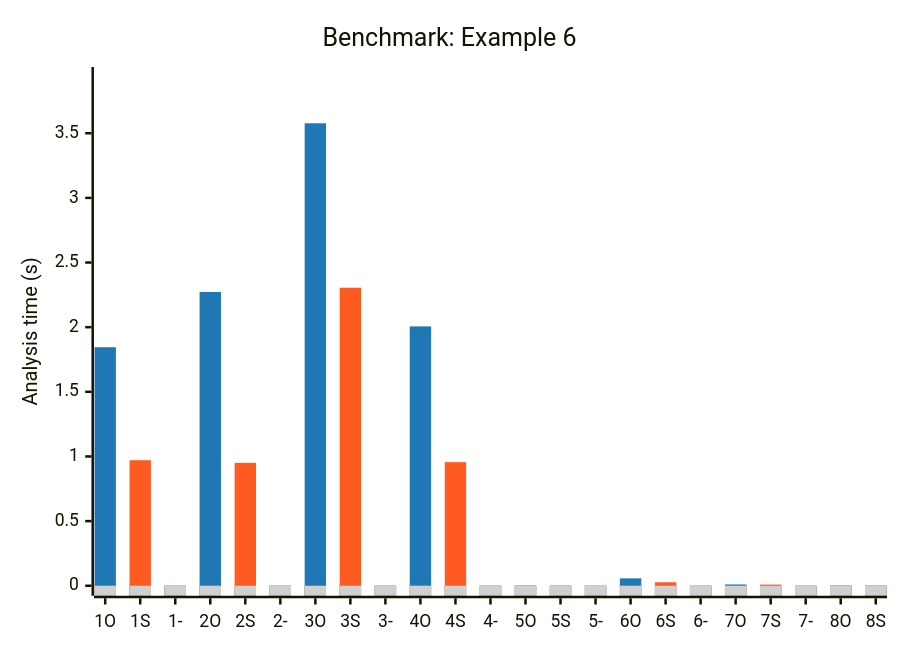
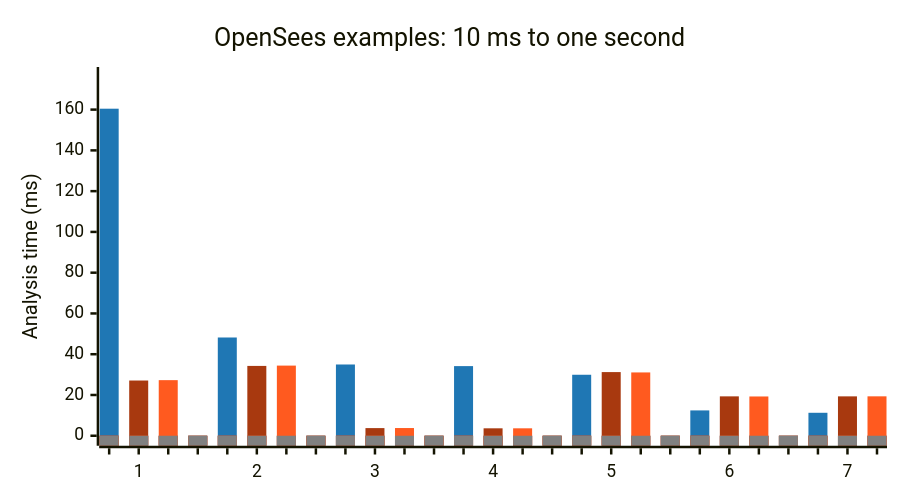
One commit to NathanaelRea/Strut changed the fifth of 5 diagrams in docs/benchmark-opensees-examples.md. Above: the diagram before and after it, drawn with Mermaid. The commit also changed other lines of this file and 79 other files, not shown here.

````diff
--- a/docs/benchmark-opensees-examples.md
+++ b/docs/benchmark-opensees-examples.md
@@ -136,15 +127,18 @@
 ```mermaid
 ---
 config:
+  xyChart:
+    height: 380
   themeVariables:
     xyChart:
-      plotColorPalette: '#1f77b4, #FF5A1F, #d0d0d0'
+      plotColorPalette: '#1f77b4, #a8390f, #FF5A1F, #808080'
 ---
 xychart-beta
-    title "Benchmark: Example 6"
-    x-axis ["1O", "1S", "1-", "2O", "2S", "2-", "3O", "3S", "3-", "4O", "4S", "4-", "5O", "5S", "5-", "6O", "6S", "6-", "7O", "7S", "7-", "8O", "8S"]
-    y-axis "Analysis time (s)" 0 --> 3.935
-    bar "OS" [1.845, 0.0, 0.0, 2.272, 0.0, 0.0, 3.577, 0.0, 0.0, 2.006, 0.0, 0.0, 0.001, 0.0, 0.0, 0.057, 0.0, 0.0, 0.010, 0.0, 0.0, 0.001, 0.0]
-    bar "STR" [0.0, 0.971, 0.0, 0.0, 0.951, 0.0, 0.0, 2.305, 0.0, 0.0, 0.956, 0.0, 0.0, 0.001, 0.0, 0.0, 0.027, 0.0, 0.0, 0.009, 0.0, 0.0, 0.001]
-    bar "mask" [0.0, 0.0, 0.0, 0.0, 0.0, 0.0, 0.0, 0.0, 0.0, 0.0, 0.0, 0.0, 0.0, 0.0, 0.0, 0.0, 0.0, 0.0, 0.0, 0.0, 0.0, 0.0, 0.0]
+    title "OpenSees examples: 10 ms to one second"
+    x-axis ["​", "1", "​​", "​​​", "​​​​", "2", "​​​​​", "​​​​​​", "​​​​​​​", "3", "​​​​​​​​", "​​​​​​​​​", "​​​​​​​​​​", "4", "​​​​​​​​​​​", "​​​​​​​​​​​​", "​​​​​​​​​​​​​", "5", "​​​​​​​​​​​​​​", "​​​​​​​​​​​​​​​", "​​​​​​​​​​​​​​​​", "6", "​​​​​​​​​​​​​​​​​", "​​​​​​​​​​​​​​​​​​", "​​​​​​​​​​​​​​​​​​​", "7", "​​​​​​​​​​​​​​​​​​​​"]
+    y-axis "Analysis time (ms)" 0 --> 176
+    bar "opensees" [160.446, 0, 0, 0, 48.203, 0, 0, 0, 34.956, 0, 0, 0, 34.164, 0, 0, 0, 29.923, 0, 0, 0, 12.430, 0, 0, 0, 11.266, 0, 0]
+    bar "strut" [0, 27.096, 0, 0, 0, 34.260, 0, 0, 0, 3.753, 0, 0, 0, 3.647, 0, 0, 0, 31.232, 0, 0, 0, 19.324, 0, 0, 0, 19.322, 0]
+    bar "strut-8" [0, 0, 27.275, 0, 0, 0, 34.415, 0, 0, 0, 3.781, 0, 0, 0, 3.646, 0, 0, 0, 31.062, 0, 0, 0, 19.271, 0, 0, 0, 19.339]
+    bar [0, 0, 0, 0, 0, 0, 0, 0, 0, 0, 0, 0, 0, 0, 0, 0, 0, 0, 0, 0, 0, 0, 0, 0, 0, 0, 0]
 ```
````
